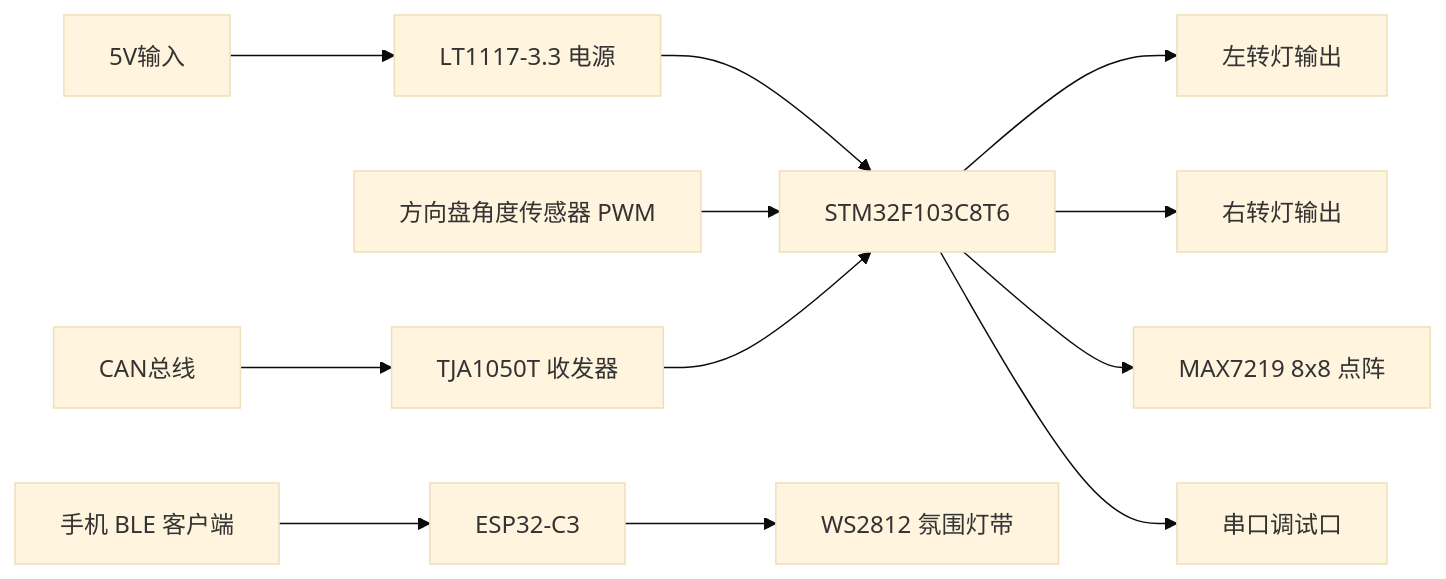
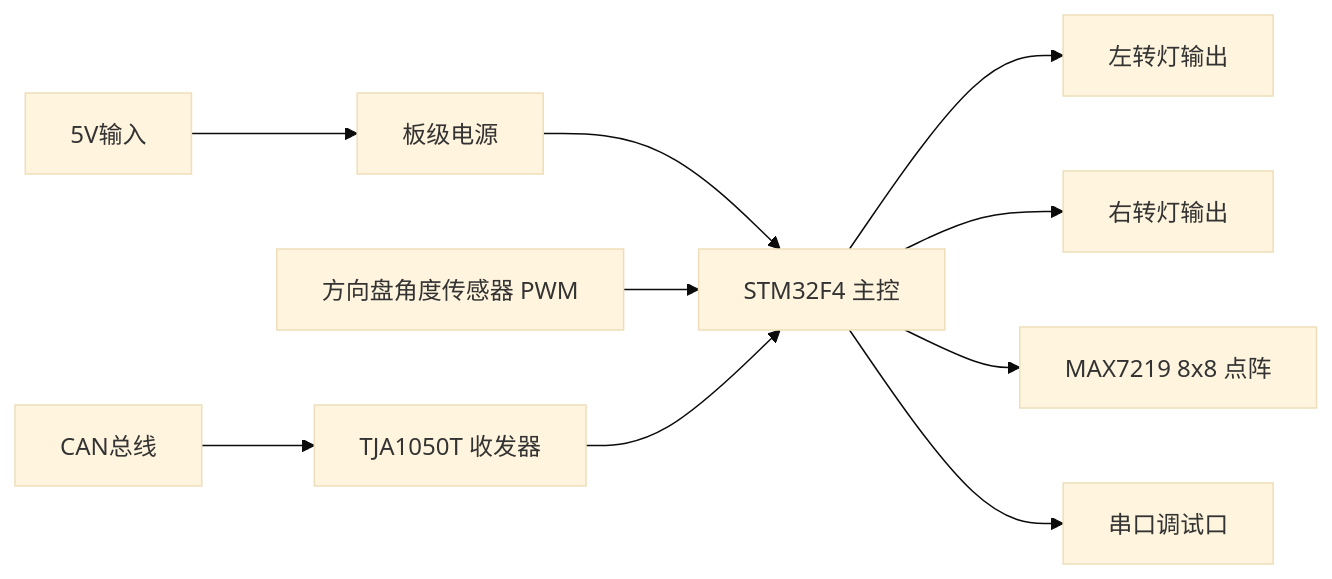
The first of 3 diagrams in doc/项目框架设计.md (sisanwu12/Atmosphere-lamp), drawn with Mermaid (base theme) before and after one commit. The commit also changed other lines of this file and 6 other files, not shown here.

````diff
--- a/doc/项目框架设计.md
+++ b/doc/项目框架设计.md
@@ -69,14 +64,12 @@
 ```mermaid
 flowchart LR
-    A[5V输入] --> B[LT1117-3.3 电源]
-    B --> C[STM32F103C8T6]
+    A[5V输入] --> B[板级电源]
+    B --> C[STM32F4 主控]
     D[方向盘角度传感器 PWM] --> C
     E[CAN总线] --> F[TJA1050T 收发器]
     F --> C
     C --> G[左转灯输出]
     C --> H[右转灯输出]
     C --> I[MAX7219 8x8 点阵]
     C --> J[串口调试口]
-    K[手机 BLE 客户端] --> L[ESP32-C3]
-    L --> M[WS2812 氛围灯带]
 ```
````
